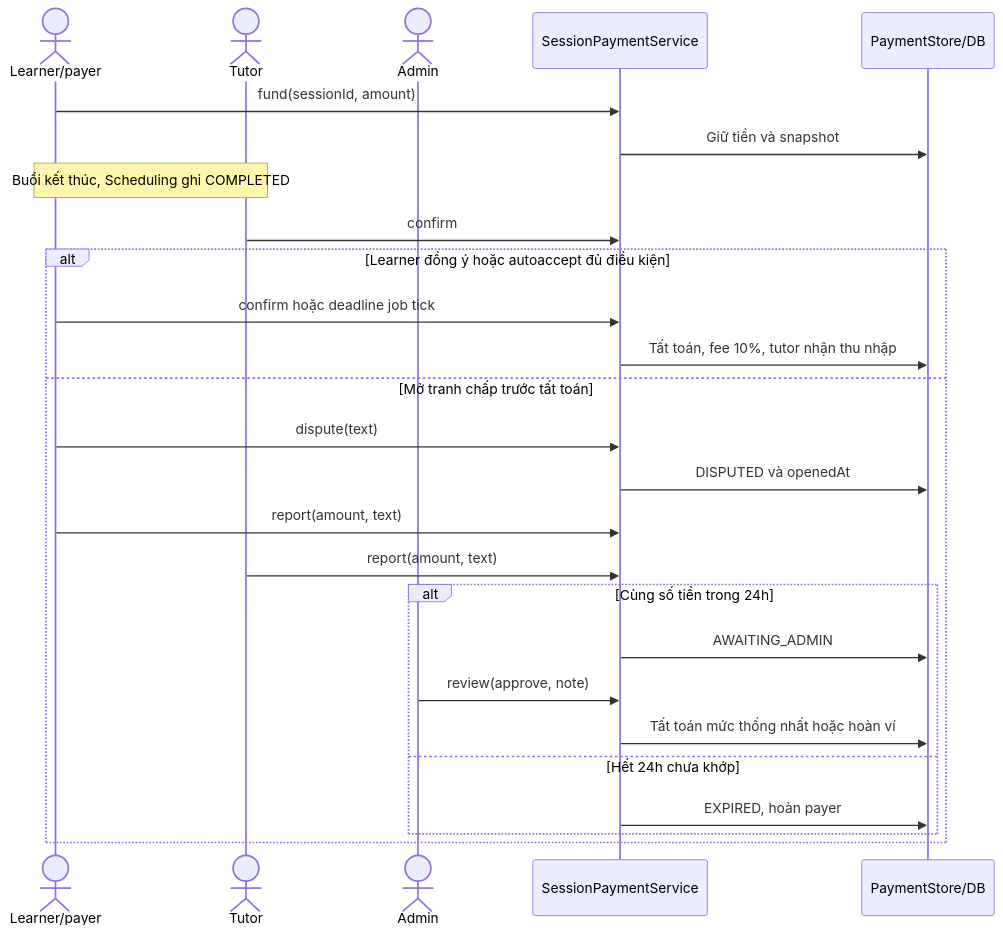
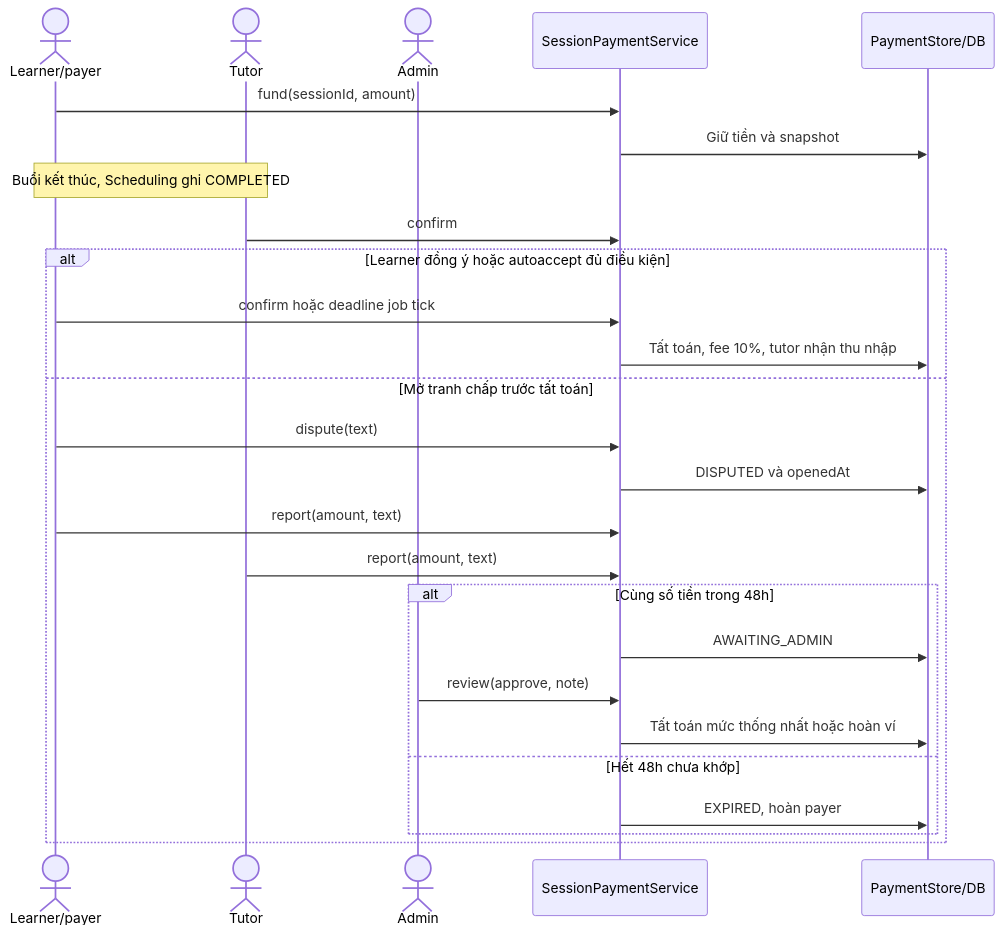
Before and after one commit to dvtrug/EduFit: the fifth of 6 diagrams in docs/payment/payment_implementation_plan.md, drawn with Mermaid. The commit also changed other lines of this file and 17 other files, not shown here.

````diff
--- a/docs/payment/payment_implementation_plan.md
+++ b/docs/payment/payment_implementation_plan.md
@@ -258,28 +260,28 @@
 ```mermaid
 sequenceDiagram
     actor L as Learner/payer
     actor T as Tutor
     actor A as Admin
     participant S as SessionPaymentService
     participant DB as PaymentStore/DB
     L->>S: fund(sessionId, amount)
     S->>DB: Giữ tiền và snapshot
     Note over L,T: Buổi kết thúc, Scheduling ghi COMPLETED
     T->>S: confirm
     alt Learner đồng ý hoặc autoaccept đủ điều kiện
         L->>S: confirm hoặc deadline job tick
         S->>DB: Tất toán, fee 10%, tutor nhận thu nhập
     else Mở tranh chấp trước tất toán
         L->>S: dispute(text)
         S->>DB: DISPUTED và openedAt
         L->>S: report(amount, text)
         T->>S: report(amount, text)
-        alt Cùng số tiền trong 24h
+        alt Cùng số tiền trong 48h
             S->>DB: AWAITING_ADMIN
             A->>S: review(approve, note)
             S->>DB: Tất toán mức thống nhất hoặc hoàn ví
-        else Hết 24h chưa khớp
+        else Hết 48h chưa khớp
             S->>DB: EXPIRED, hoàn payer
         end
     end
 ```
````
